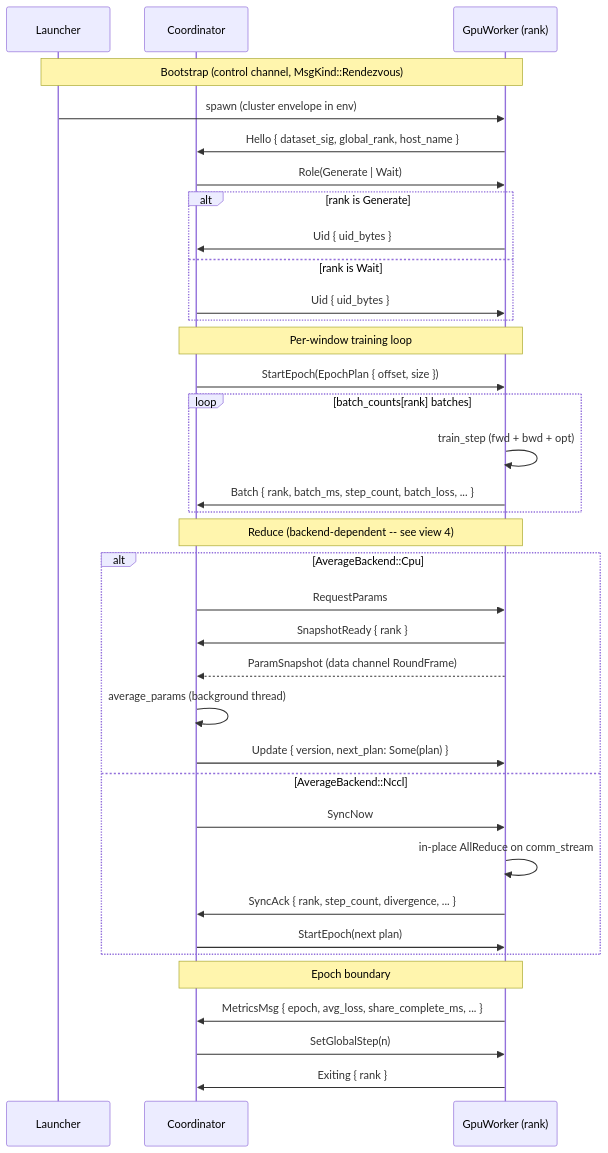
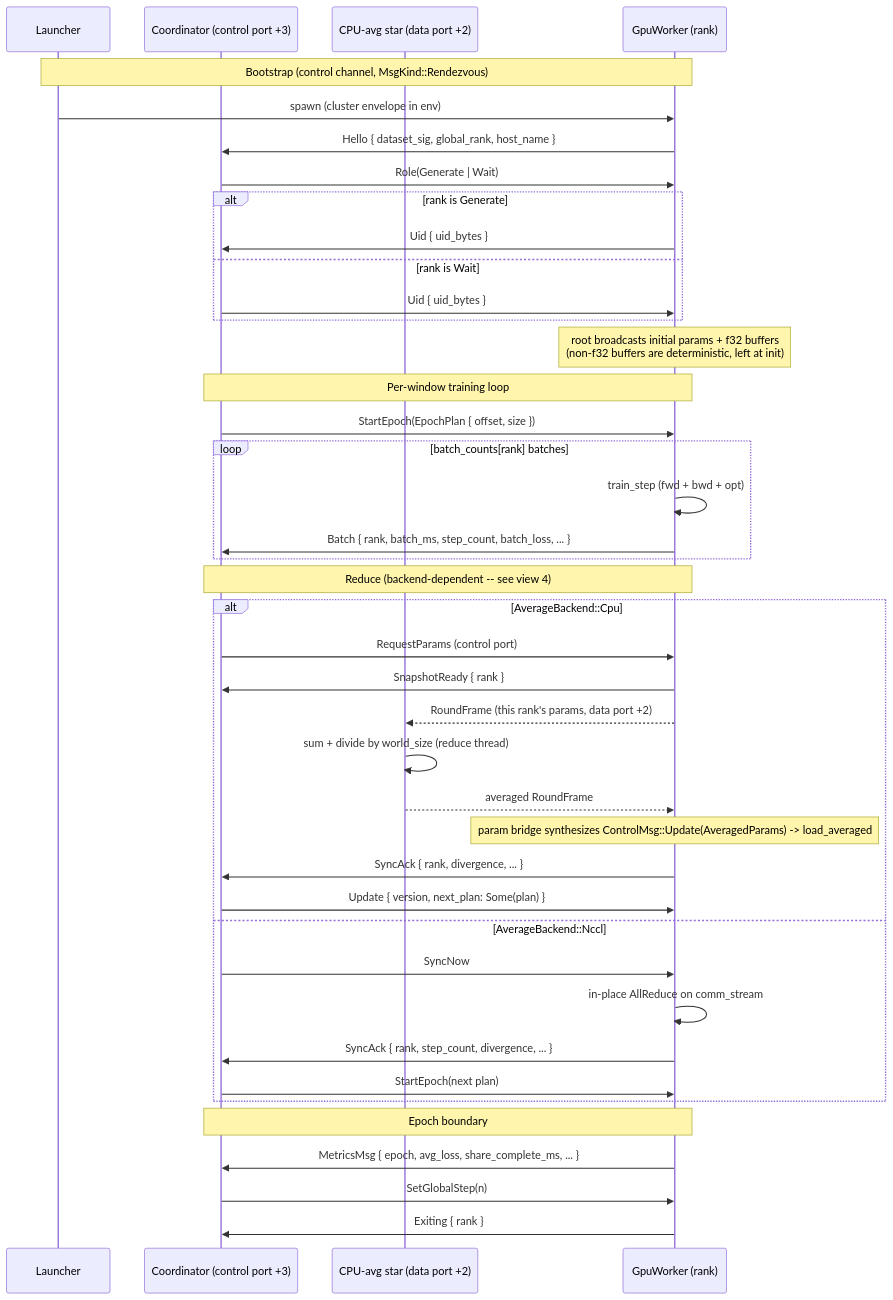
The second of 6 diagrams in docs/distributed/architecture.md (fab2s/floDl), drawn with Mermaid before and after one commit. The commit also changed other lines of this file, not shown here.

````diff
--- a/docs/distributed/architecture.md
+++ b/docs/distributed/architecture.md
@@ -103,42 +104,47 @@
 ```mermaid
 sequenceDiagram
     participant L as Launcher
-    participant C as Coordinator
+    participant C as Coordinator (control port +3)
+    participant D as CPU-avg star (data port +2)
     participant W as GpuWorker (rank)
 
     Note over L,W: Bootstrap (control channel, MsgKind::Rendezvous)
     L->>W: spawn (cluster envelope in env)
     W->>C: Hello { dataset_sig, global_rank, host_name }
     C->>W: Role(Generate | Wait)
     alt rank is Generate
         W->>C: Uid { uid_bytes }
     else rank is Wait
         C->>W: Uid { uid_bytes }
     end
+    Note over W: root broadcasts initial params + f32 buffers<br/>(non-f32 buffers are deterministic, left at init)
 
     Note over C,W: Per-window training loop
     C->>W: StartEpoch(EpochPlan { offset, size })
     loop batch_counts[rank] batches
         W->>W: train_step (fwd + bwd + opt)
         W->>C: Batch { rank, batch_ms, step_count, batch_loss, ... }
     end
 
     Note over C,W: Reduce (backend-dependent -- see view 4)
     alt AverageBackend::Cpu
-        C->>W: RequestParams
+        C->>W: RequestParams (control port)
         W->>C: SnapshotReady { rank }
-        W-->>C: ParamSnapshot (data channel RoundFrame)
-        C->>C: average_params (background thread)
+        W-->>D: RoundFrame (this rank's params, data port +2)
+        D->>D: sum + divide by world_size (reduce thread)
+        D-->>W: averaged RoundFrame
+        Note over W: param bridge synthesizes ControlMsg::Update(AveragedParams) -> load_averaged
+        W->>C: SyncAck { rank, divergence, ... }
         C->>W: Update { version, next_plan: Some(plan) }
     else AverageBackend::Nccl
         C->>W: SyncNow
         W->>W: in-place AllReduce on comm_stream
         W->>C: SyncAck { rank, step_count, divergence, ... }
         C->>W: StartEpoch(next plan)
     end
 
     Note over C,W: Epoch boundary
     W->>C: MetricsMsg { epoch, avg_loss, share_complete_ms, ... }
     C->>W: SetGlobalStep(n)
     W->>C: Exiting { rank }
 ```
````
